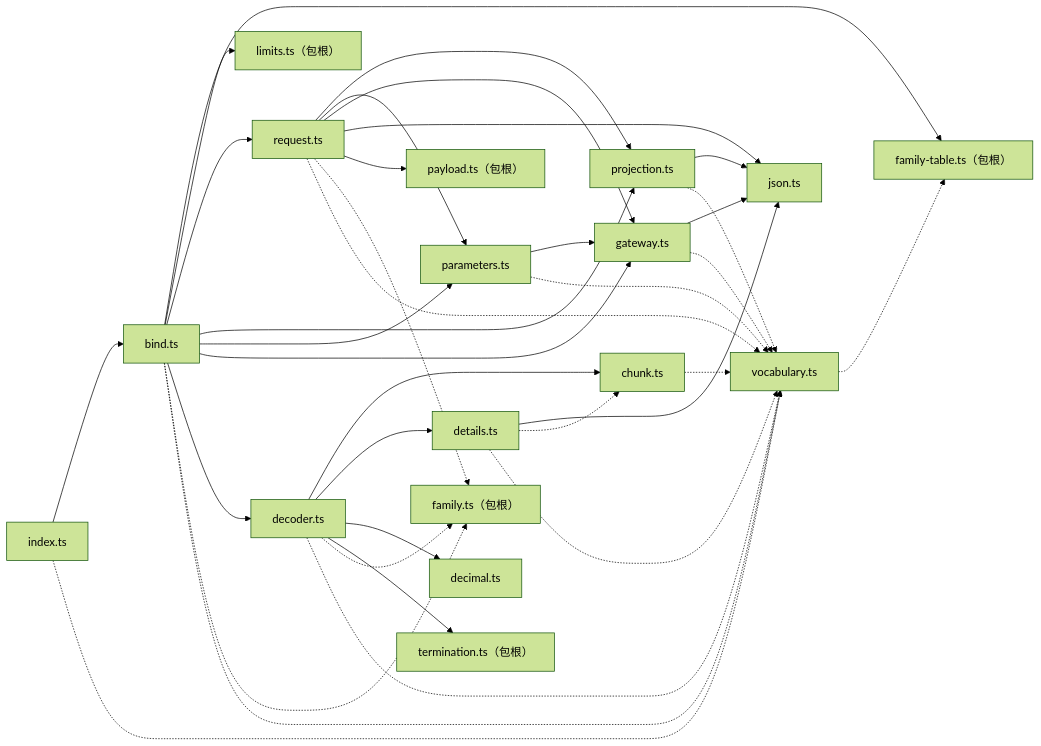
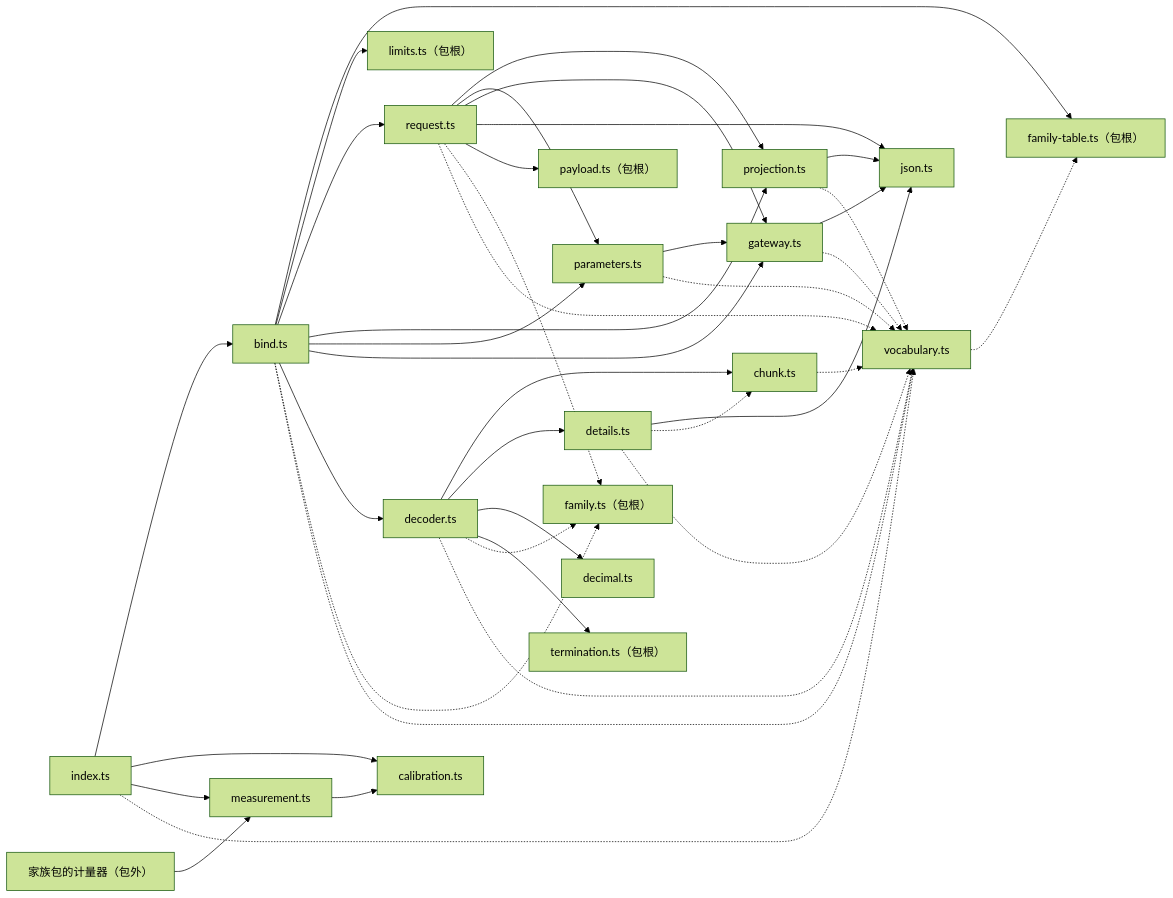
One commit to nemori-ai/omne-harness-lite changed the third of 6 diagrams in packages/model/pi-ai-transport/docs/architecture.md. Above: the diagram before and after it, drawn with Mermaid (forest theme). The commit also changed 5 other files, not shown here.

First line of the commit message:
docs(model): 补校准租约与发送装配的 Mermaid 图

````diff
--- a/packages/model/pi-ai-transport/docs/architecture.md
+++ b/packages/model/pi-ai-transport/docs/architecture.md
@@ -114,38 +114,42 @@
 ```mermaid
 flowchart LR
   cindex[index.ts] --> bind[bind.ts]
+  cindex --> calibration[calibration.ts]
+  cindex --> measurement[measurement.ts]
   cindex -.-> vocab[vocabulary.ts]
+  meter["家族包的计量器（包外）"] --> measurement
+  measurement --> calibration
   bind --> table["family-table.ts（包根）"]
   bind --> limits["limits.ts（包根）"]
   bind --> request[request.ts]
   bind --> projection[projection.ts]
   bind --> parameters[parameters.ts]
   bind --> gateway[gateway.ts]
   bind --> decoder[decoder.ts]
   bind -.-> family["family.ts（包根）"]
   bind -.-> vocab
   request --> projection
   request --> parameters
   request --> gateway
   request --> json[json.ts]
   request --> payload["payload.ts（包根）"]
   request -.-> family
   request -.-> vocab
   projection --> json
   projection -.-> vocab
   parameters --> gateway
   parameters -.-> vocab
   gateway --> json
   gateway -.-> vocab
   vocab -.-> table
   decoder --> chunk[chunk.ts]
   decoder --> details[details.ts]
   decoder --> decimal[decimal.ts]
   decoder --> termination["termination.ts（包根）"]
   decoder -.-> family
   decoder -.-> vocab
   chunk -.-> vocab
   details --> json
   details -.-> chunk
   details -.-> vocab
 ```
````
